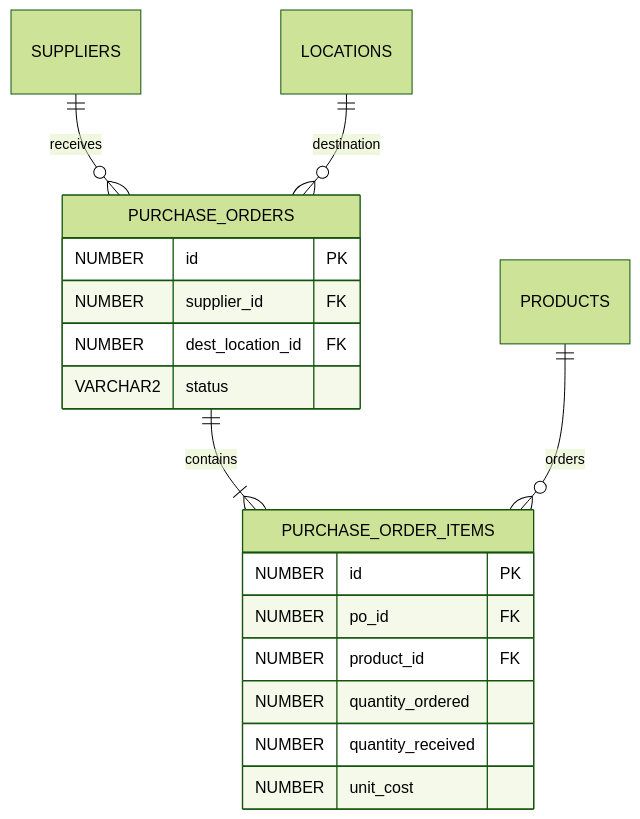
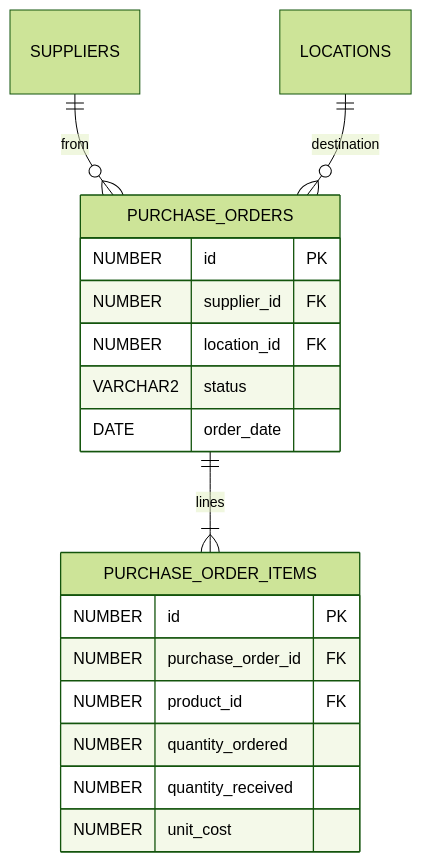
The sixth of 9 diagrams in docs/database.md (kirtika-0102/StockSmart), drawn with Mermaid (forest theme) before and after one commit. The commit also changed other lines of this file and 74 other files, not shown here.

Commit message:
architecture of application

````diff
--- a/docs/database.md
+++ b/docs/database.md
@@ -285,22 +179,22 @@
 ```mermaid
 erDiagram
-    SUPPLIERS ||--o{ PURCHASE_ORDERS : "receives"
-    LOCATIONS ||--o{ PURCHASE_ORDERS : "destination"
-    PURCHASE_ORDERS ||--|{ PURCHASE_ORDER_ITEMS : "contains"
-    PRODUCTS ||--o{ PURCHASE_ORDER_ITEMS : "orders"
+    SUPPLIERS ||--o{ PURCHASE_ORDERS : from
+    LOCATIONS ||--o{ PURCHASE_ORDERS : destination
+    PURCHASE_ORDERS ||--|{ PURCHASE_ORDER_ITEMS : lines
 
     PURCHASE_ORDERS {
         NUMBER id PK
         NUMBER supplier_id FK
-        NUMBER dest_location_id FK
+        NUMBER location_id FK
         VARCHAR2 status
+        DATE order_date
     }
     PURCHASE_ORDER_ITEMS {
         NUMBER id PK
-        NUMBER po_id FK
+        NUMBER purchase_order_id FK
         NUMBER product_id FK
         NUMBER quantity_ordered
         NUMBER quantity_received
         NUMBER unit_cost
     }
 ```
````
